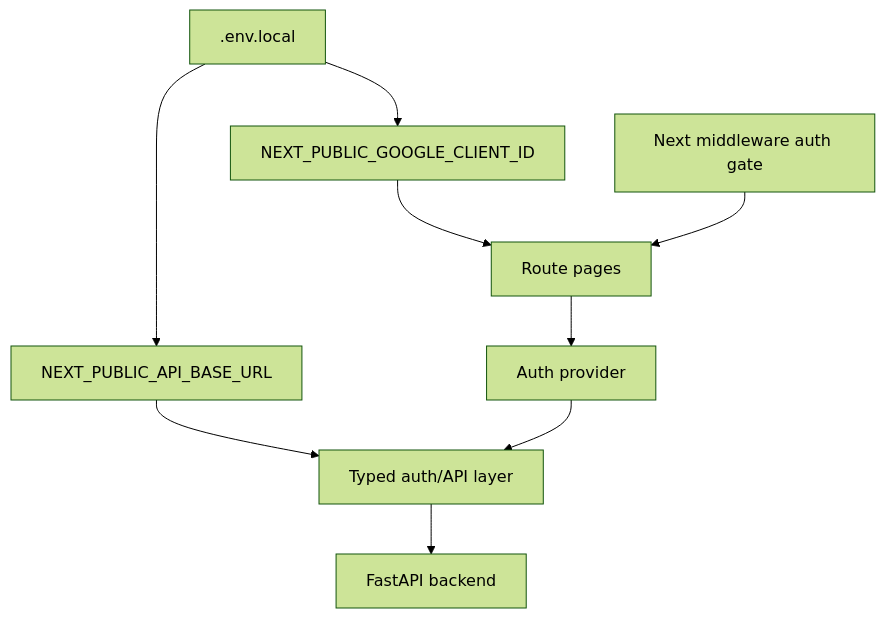
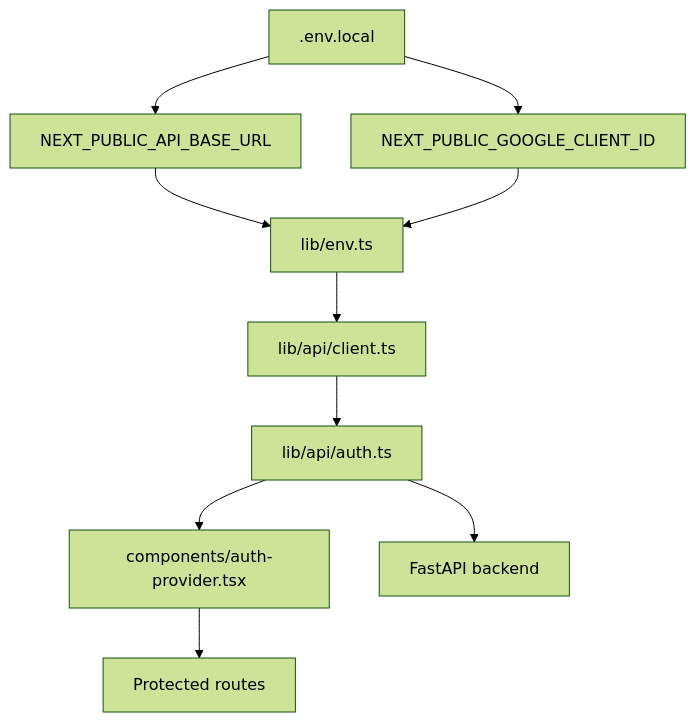
The sixth of 8 diagrams in frontend/ARCHITECTURE.md (eqan/AI-Driven-Project-Template), drawn with Mermaid (forest theme) before and after one commit. The commit also changed other lines of this file and 37 other files, not shown here.

Commit message:
main: refined the template and esepcially refined the agentic flow prompt

````diff
--- a/frontend/ARCHITECTURE.md
+++ b/frontend/ARCHITECTURE.md
@@ -105,20 +132,22 @@
 ```mermaid
 flowchart TD
     Env[".env.local"]
-    PublicVar["NEXT_PUBLIC_API_BASE_URL"]
+    ApiBase["NEXT_PUBLIC_API_BASE_URL"]
     GoogleClient["NEXT_PUBLIC_GOOGLE_CLIENT_ID"]
-    ApiClient[Typed auth/API layer]
-    Middleware[Next middleware auth gate]
-    Provider[Auth provider]
-    Pages[Route pages]
+    EnvHelper[lib/env.ts]
+    ApiClient[lib/api/client.ts]
+    AuthApi[lib/api/auth.ts]
+    AuthProvider[components/auth-provider.tsx]
+    Routes[Protected routes]
     Backend[FastAPI backend]
 
-    Env --> PublicVar
+    Env --> ApiBase
     Env --> GoogleClient
-    PublicVar --> ApiClient
-    GoogleClient --> Pages
-    Middleware --> Pages
-    Pages --> Provider
-    Provider --> ApiClient
-    ApiClient --> Backend
+    ApiBase --> EnvHelper
+    GoogleClient --> EnvHelper
+    EnvHelper --> ApiClient
+    ApiClient --> AuthApi
+    AuthApi --> AuthProvider
+    AuthProvider --> Routes
+    AuthApi --> Backend
 ```
````
